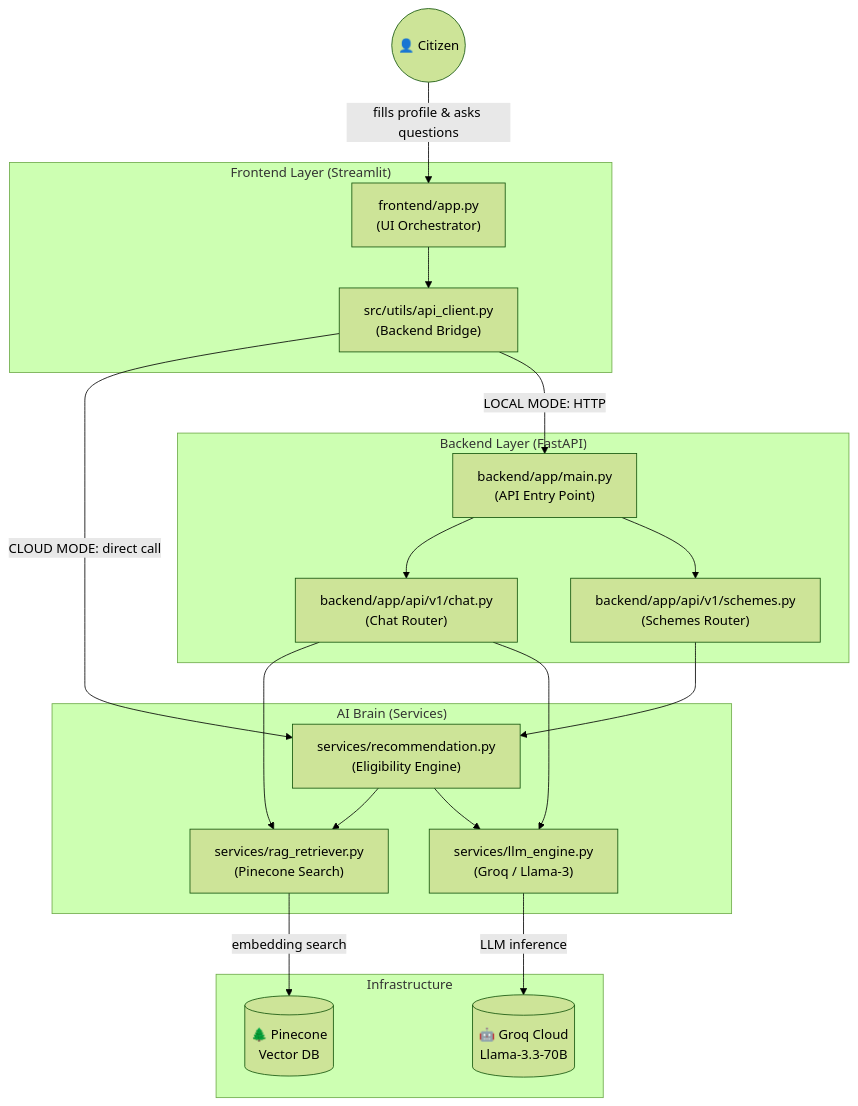
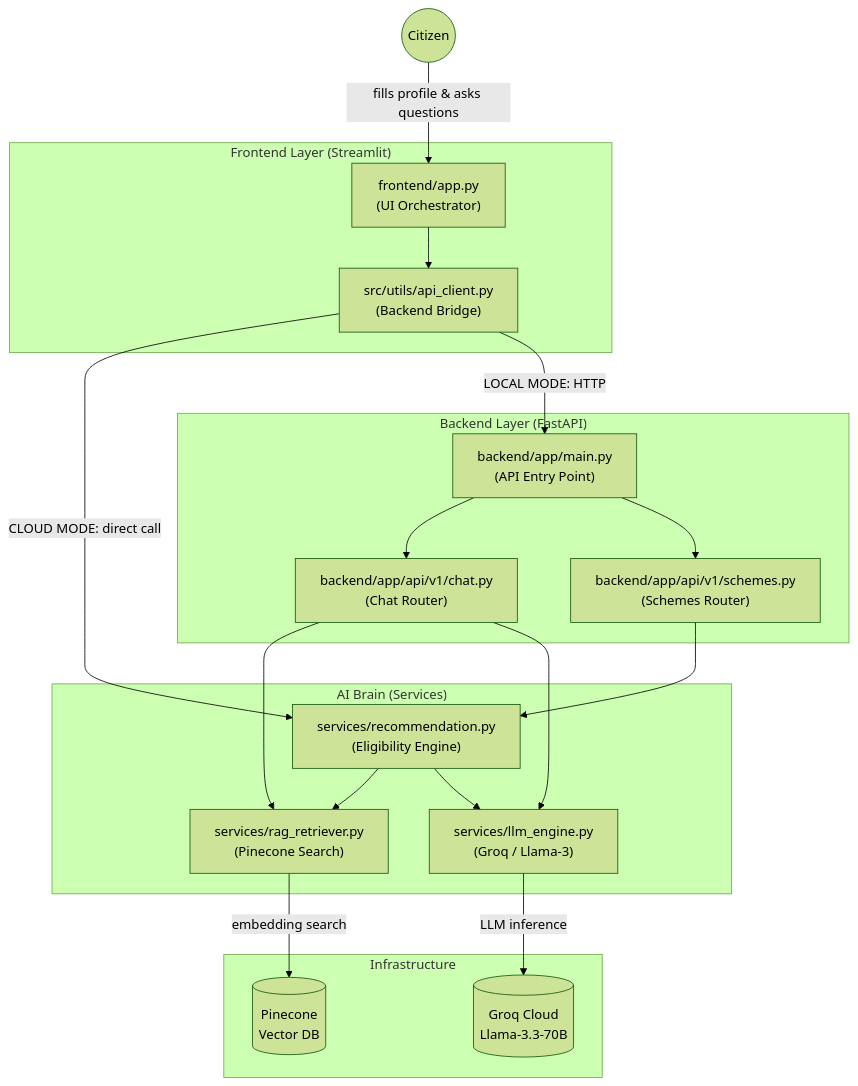
Before and after one commit to Manavv007/S.A.R.A.L.-Scheme-Access-Retrieval-Analysis-Layer-: the diagram in walkthrough.md, drawn with Mermaid (forest theme). The commit also changed other lines of this file and 59 other files, not shown here.

````diff
--- a/walkthrough.md
+++ b/walkthrough.md
@@ -12,37 +12,37 @@
 ```mermaid
 graph TD
-    User(("👤 Citizen"))
+    User(("Citizen"))
 
     subgraph Frontend ["Frontend Layer (Streamlit)"]
         A["frontend/app.py\n(UI Orchestrator)"]
         B["src/utils/api_client.py\n(Backend Bridge)"]
     end
 
     subgraph Backend ["Backend Layer (FastAPI)"]
         C["backend/app/main.py\n(API Entry Point)"]
         D["backend/app/api/v1/chat.py\n(Chat Router)"]
         E["backend/app/api/v1/schemes.py\n(Schemes Router)"]
     end
 
     subgraph Brain ["AI Brain (Services)"]
         F["services/recommendation.py\n(Eligibility Engine)"]
         G["services/rag_retriever.py\n(Pinecone Search)"]
         H["services/llm_engine.py\n(Groq / Llama-3)"]
     end
 
     subgraph Infra ["Infrastructure"]
-        I[("🌲 Pinecone\nVector DB")]
-        J[("🤖 Groq Cloud\nLlama-3.3-70B")]
+        I[("Pinecone\nVector DB")]
+        J[("Groq Cloud\nLlama-3.3-70B")]
     end
 
     User -->|"fills profile & asks questions"| A
     A --> B
     B -->|"CLOUD MODE: direct call"| F
     B -->|"LOCAL MODE: HTTP"| C
     C --> D & E
     D --> G & H
     E --> F
     F --> G & H
     G -->|"embedding search"| I
     H -->|"LLM inference"| J
 ```
````
